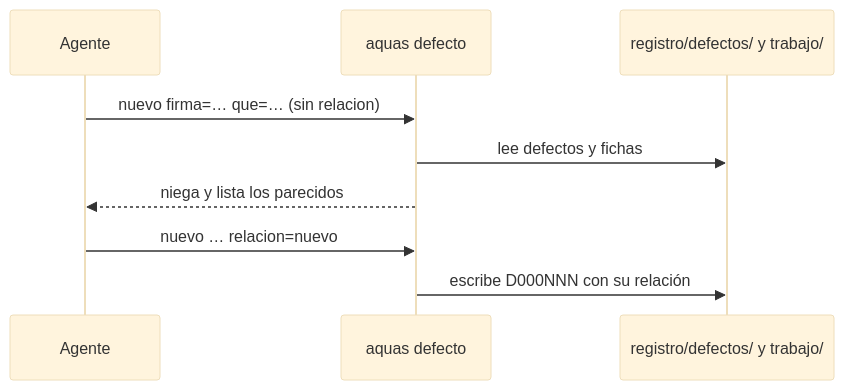
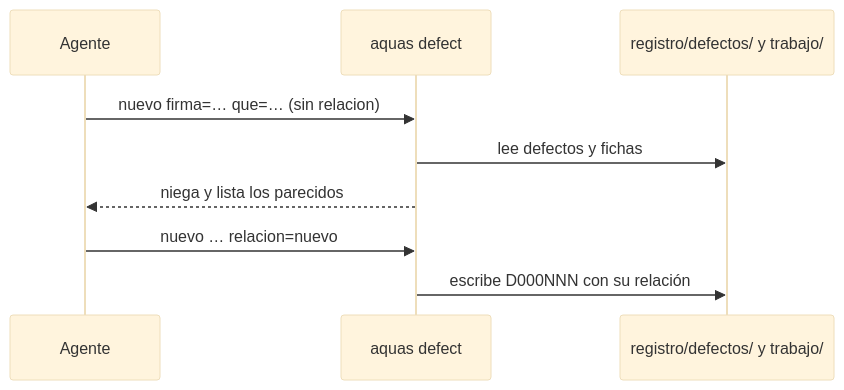
One commit to jliberal-aquas/aquas-central-harness-government changed the diagram in docs/E001/F009/S002.md. Above: the diagram before and after it, drawn with Mermaid (base theme). The commit also changed other lines of this file and 184 other files, not shown here.

````diff
--- a/docs/E001/F009/S002.md
+++ b/docs/E001/F009/S002.md
@@ -37,11 +37,11 @@
 ```mermaid
 sequenceDiagram
     participant U as Agente
-    participant D as aquas defecto
+    participant D as aquas defect
     participant R as registro/defectos/ y trabajo/
     U->>D: nuevo firma=… que=… (sin relacion)
     D->>R: lee defectos y fichas
     D-->>U: niega y lista los parecidos
     U->>D: nuevo … relacion=nuevo
     D->>R: escribe D000NNN con su relación
 ```
````
